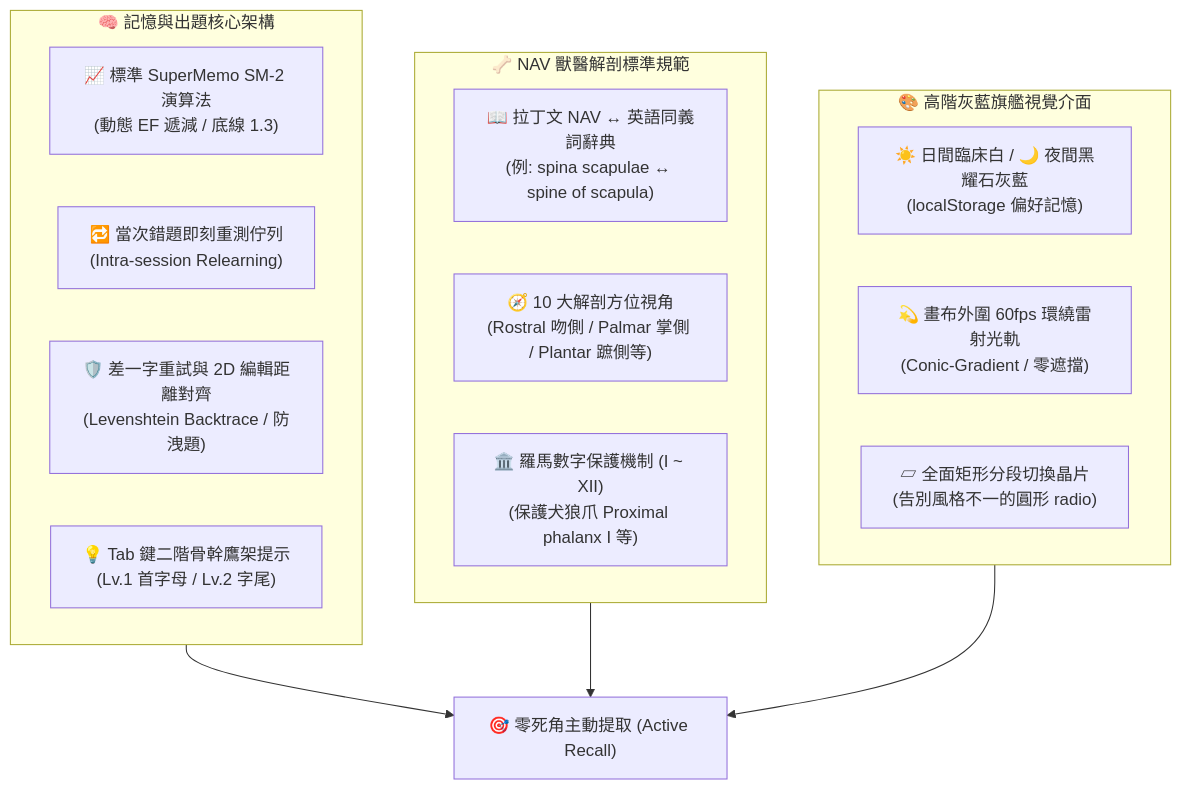
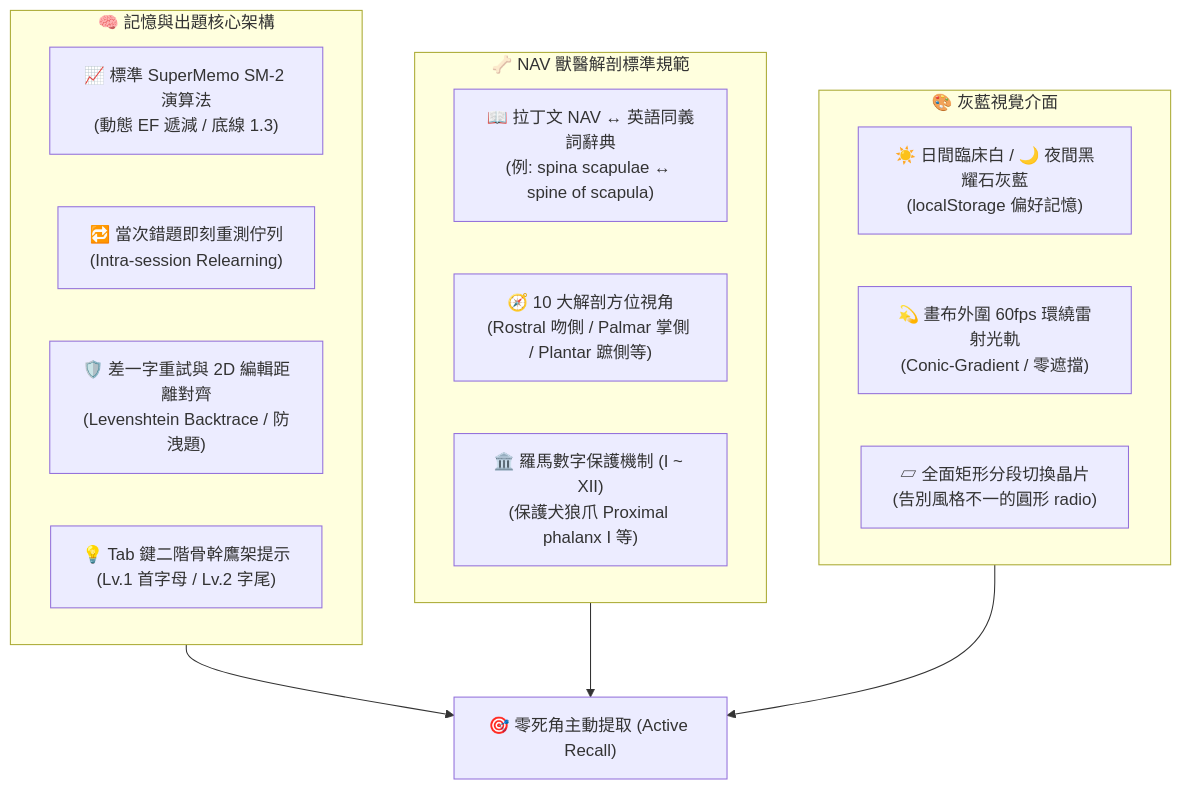
The diagram in README.md (AAAaron-pro/anatomy-quiz), drawn with Mermaid before and after one commit. The commit also changed other lines of this file and 1 other file, not shown here.

````diff
--- a/README.md
+++ b/README.md
@@ -18,25 +18,25 @@
 ```mermaid
 flowchart TD
     subgraph Core_Engine["🧠 記憶與出題核心架構"]
         SM2["📈 標準 SuperMemo SM-2 演算法<br>(動態 EF 遞減 / 底線 1.3)"]
         Relearn["🔁 當次錯題即刻重測佇列<br>(Intra-session Relearning)"]
         NearMiss["🛡️ 差一字重試與 2D 編輯距離對齊<br>(Levenshtein Backtrace / 防洩題)"]
         Scaffold["💡 Tab 鍵二階骨幹鷹架提示<br>(Lv.1 首字母 / Lv.2 字尾)"]
     end
 
     subgraph Anatomy_Standard["🦴 NAV 獸醫解剖標準規範"]
         Synonym["📖 拉丁文 NAV ↔ 英語同義詞辭典<br>(例: spina scapulae ↔ spine of scapula)"]
         Angles["🧭 10 大解剖方位視角<br>(Rostral 吻側 / Palmar 掌側 / Plantar 蹠側等)"]
         Roman["🏛️ 羅馬數字保護機制 (I ~ XII)<br>(保護犬狼爪 Proximal phalanx I 等)"]
     end
 
-    subgraph Modern_UI["🎨 高階灰藍旗艦視覺介面"]
+    subgraph Modern_UI["🎨 灰藍視覺介面"]
         DarkLight["☀️ 日間臨床白 / 🌙 夜間黑耀石灰藍<br>(localStorage 偏好記憶)"]
         LaserBeam["💫 畫布外圍 60fps 環繞雷射光軌<br>(Conic-Gradient / 零遮擋)"]
         RectSegment["▱ 全面矩形分段切換晶片<br>(告別風格不一的圓形 radio)"]
     end
 
     Core_Engine --> SpacedRepetition["🎯 零死角主動提取 (Active Recall)"]
     Anatomy_Standard --> SpacedRepetition
     Modern_UI --> SpacedRepetition
 ```
````
